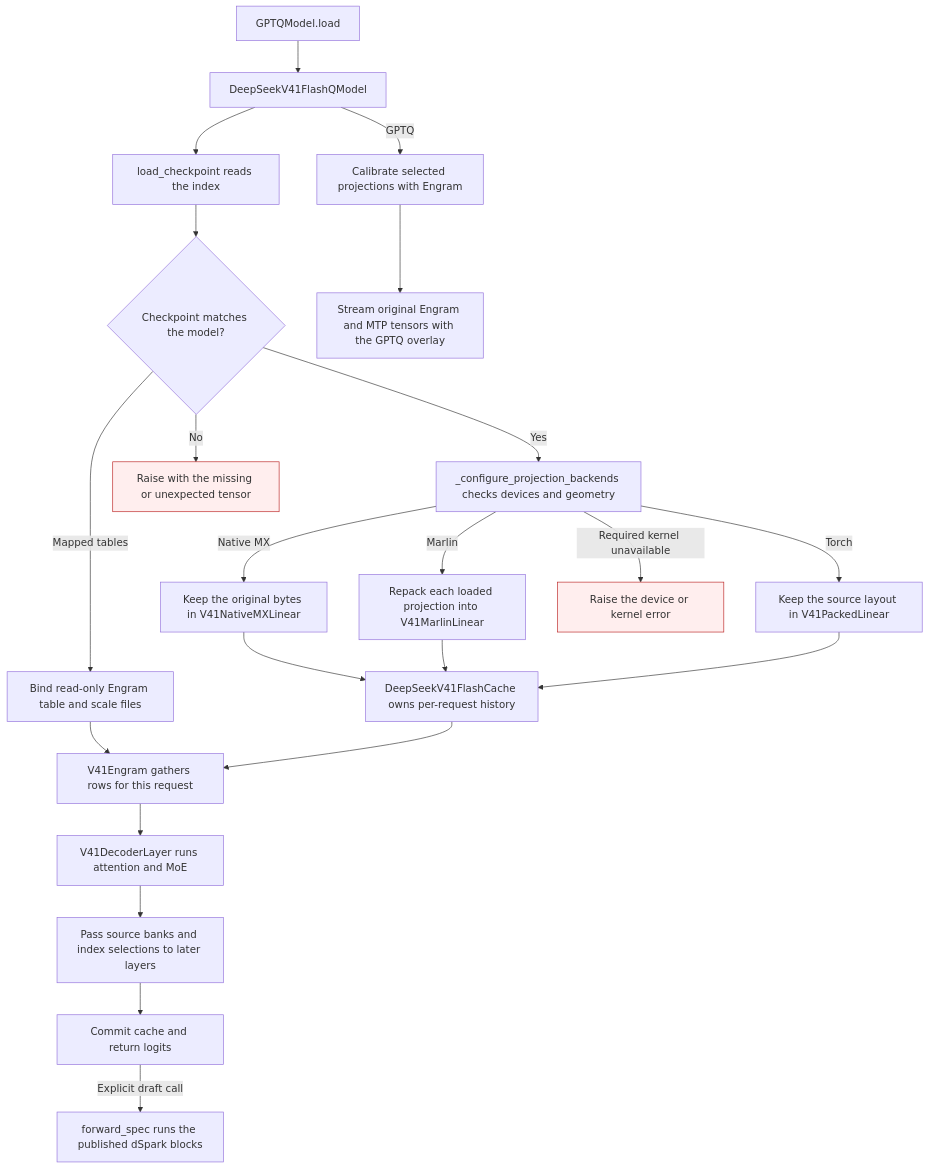
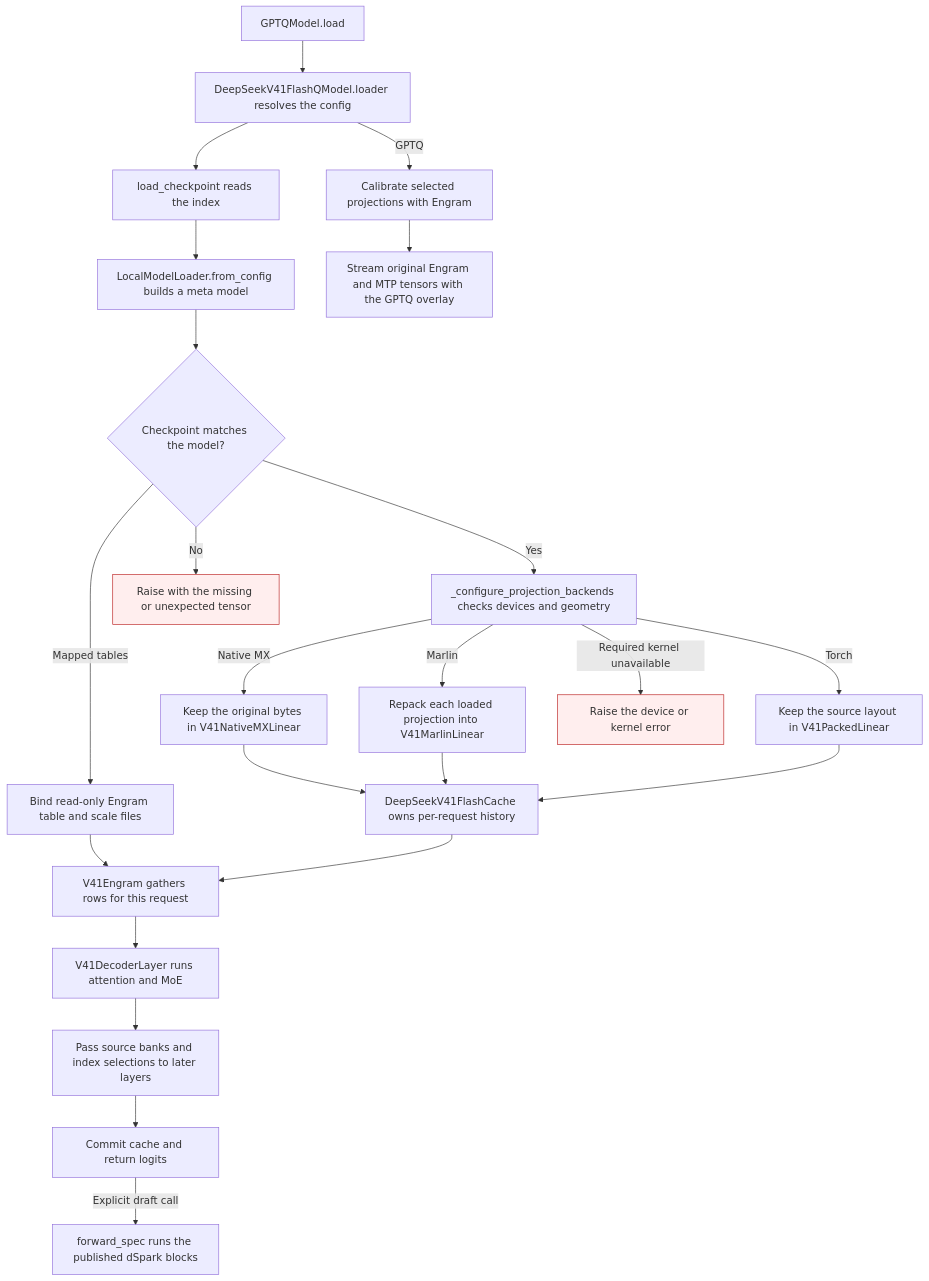
One commit to ModelCloud/GPTQModel changed the diagram in docs/deepseek-v41-module-inventory.md. Above: the diagram before and after it, drawn with Mermaid. The commit also changed other lines of this file and 2458 other files, not shown here.

````diff
--- a/docs/deepseek-v41-module-inventory.md
+++ b/docs/deepseek-v41-module-inventory.md
@@ -262,26 +266,27 @@
 ```mermaid
 flowchart TD
-    LOAD["GPTQModel.load"] --> DEF["DeepSeekV41FlashQModel"]
+    LOAD["GPTQModel.load"] --> DEF["DeepSeekV41FlashQModel.loader resolves the config"]
     DEF --> IDX["load_checkpoint reads the index"]
-    IDX --> MATCH{"Checkpoint matches the model?"}
+    IDX --> SHELL["LocalModelLoader.from_config builds a meta model"]
+    SHELL --> MATCH{"Checkpoint matches the model?"}
     MATCH -->|"Yes"| SELECT["_configure_projection_backends checks devices and geometry"]
     MATCH -->|"No"| ERROR["Raise with the missing or unexpected tensor"]
     MATCH -->|"Mapped tables"| TABLE["Bind read-only Engram table and scale files"]
     SELECT -->|"Native MX"| MX["Keep the original bytes in V41NativeMXLinear"]
     SELECT -->|"Marlin"| PACK["Repack each loaded projection into V41MarlinLinear"]
     SELECT -->|"Torch"| TORCH["Keep the source layout in V41PackedLinear"]
     SELECT -->|"Required kernel unavailable"| KERNEL_ERROR["Raise the device or kernel error"]
     MX --> STATE
     PACK --> STATE["DeepSeekV41FlashCache owns per-request history"]
     TORCH --> STATE
     TABLE --> ENGRAM["V41Engram gathers rows for this request"]
     STATE --> ENGRAM
     ENGRAM --> LAYER["V41DecoderLayer runs attention and MoE"]
     LAYER --> KV["Pass source banks and index selections to later layers"]
     KV --> OUT["Commit cache and return logits"]
     OUT -->|"Explicit draft call"| DRAFT["forward_spec runs the published dSpark blocks"]
     DEF -->|"GPTQ"| CAL["Calibrate selected projections with Engram"]
     CAL --> SAVE["Stream original Engram and MTP tensors with the GPTQ overlay"]
     style ERROR fill:#fee,stroke:#b22
     style KERNEL_ERROR fill:#fee,stroke:#b22
 ```
````
